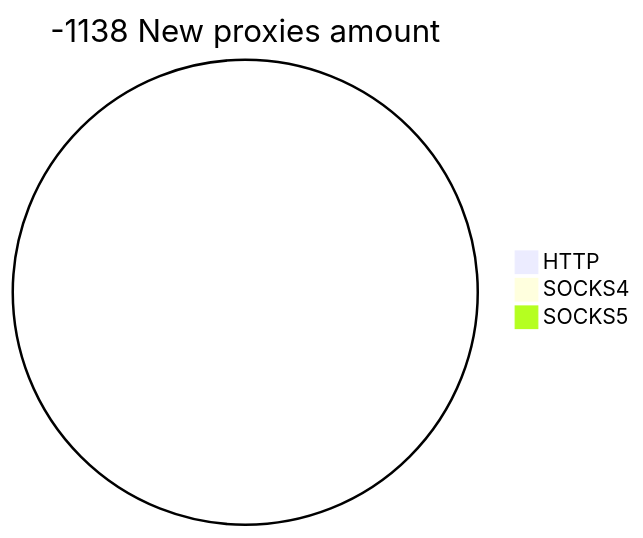
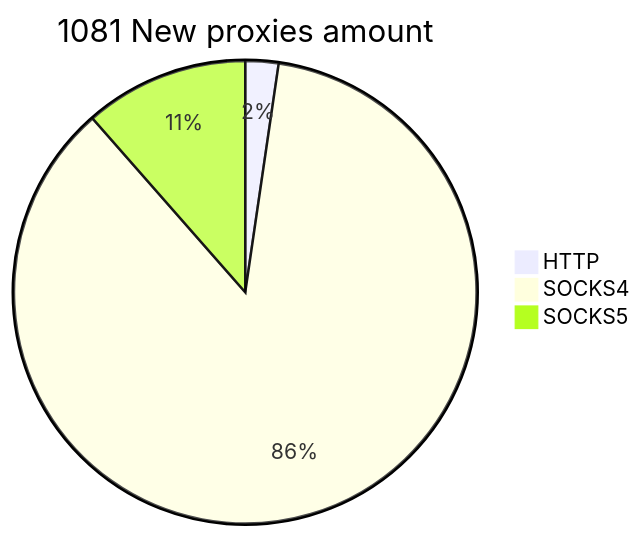
One commit to cutipu/proxylist changed the second of 2 diagrams in README.md. Above: the diagram before and after it, drawn with Mermaid. The commit also changed other lines of this file, not shown here.

````diff
--- a/README.md
+++ b/README.md
@@ -10,6 +10,6 @@
 ```mermaid
-pie title -1138 New proxies amount
-    "HTTP" : 0
-    "SOCKS4" : 0
-    "SOCKS5" : 0
+pie title 1081 New proxies amount
+    "HTTP" : 25
+    "SOCKS4" : 932
+    "SOCKS5" : 124
 ```
````
